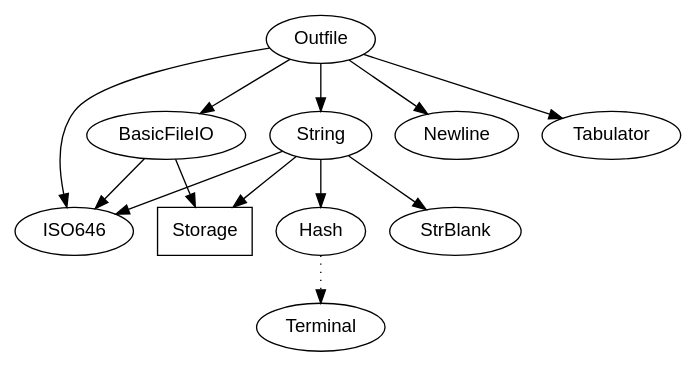
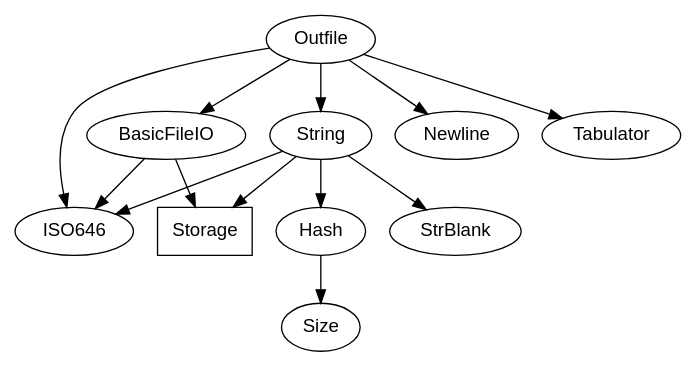
The diagram in Outfile.dep.dot (m2sf/M2PP-Module-Dependency-Graphs), drawn with Graphviz before and after one commit. The commit also changed 14 other files, not shown here.

```diff
--- a/Outfile.dep.dot
+++ b/Outfile.dep.dot
@@ -1,32 +1,32 @@
 digraph OutfileDep {
   node [fontname=helvetica];
   
   Outfile -> {
     BasicFileIO ISO646 Newline String Tabulator
   };
   
   BasicFileIO -> {
     ISO646 Storage
   };
   
   ISO646; /* no dependencies */
   
   Storage [shape=box]; /* stdlib */
   
   Newline; /* no dependencies */  
   
   String -> {
     Hash ISO646 Storage StrBlank
   };
   
-  edge [style=dotted];
   Hash -> {
-    Terminal
+    Size
   };
-  edge [style=none];
+  
+  Size; /* no dependencies */
   
   StrBlank; /* no dependencies */
   
   Tabulator; /* no dependencies */  
   
 } /* OutfileDep */
```
